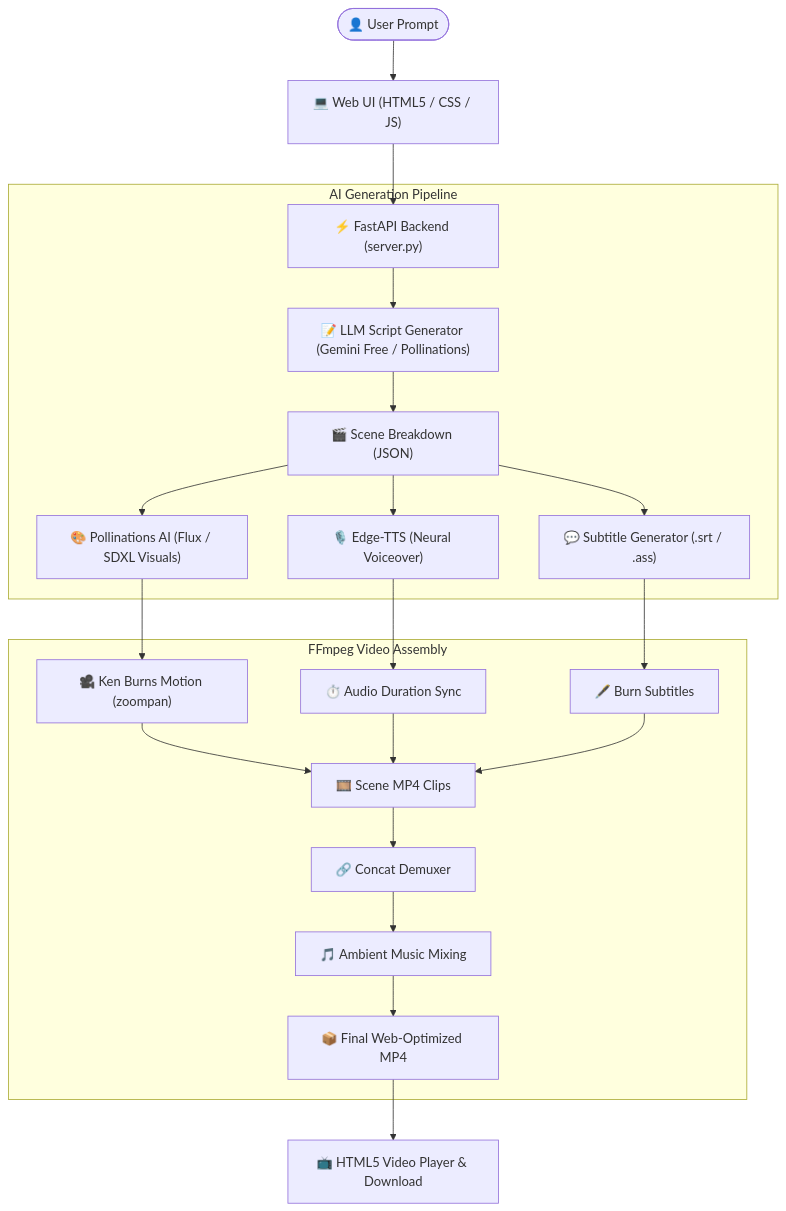
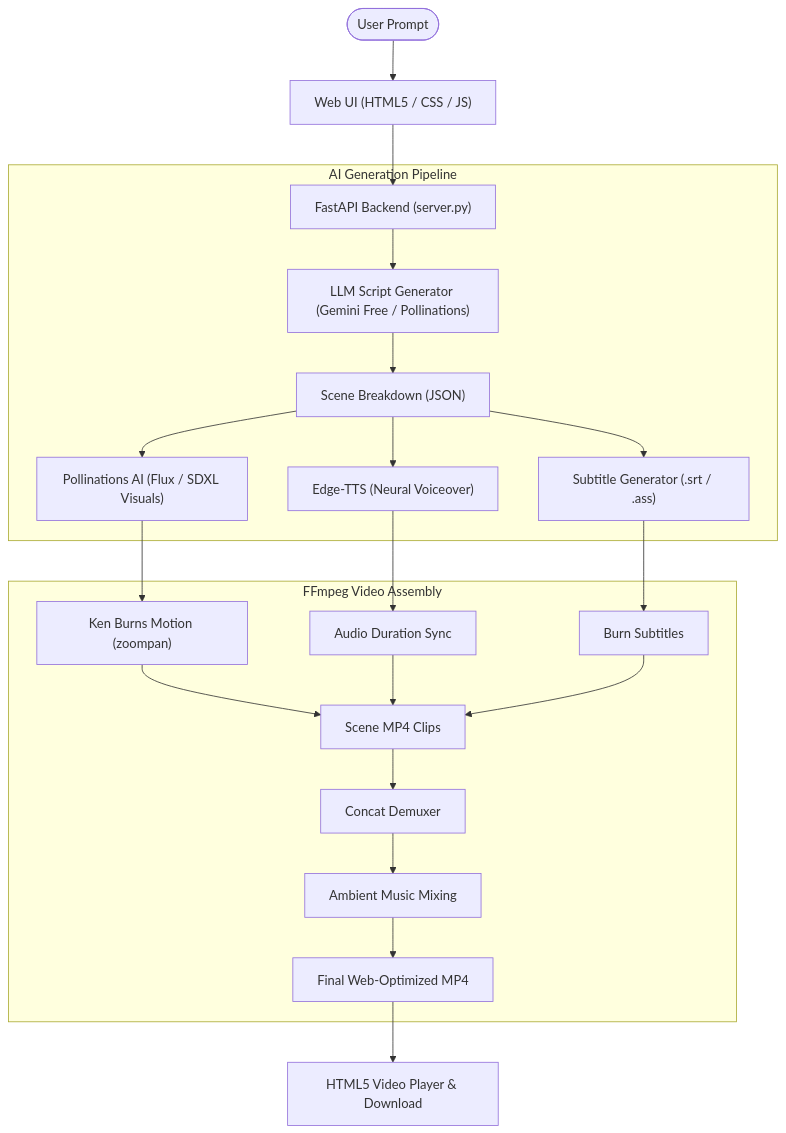
One commit to Ayush-Parikh-3/ReelForge-video_generator changed the diagram in README.md. Above: the diagram before and after it, drawn with Mermaid.

````diff
--- a/README.md
+++ b/README.md
@@ -37,29 +37,29 @@
 ```mermaid
 flowchart TD
-    User(["👤 User Prompt"]) --> Frontend["💻 Web UI (HTML5 / CSS / JS)"]
-    Frontend --> Server["⚡ FastAPI Backend (server.py)"]
+    User([" User Prompt"]) --> Frontend[" Web UI (HTML5 / CSS / JS)"]
+    Frontend --> Server[" FastAPI Backend (server.py)"]
     
     subgraph "AI Generation Pipeline"
-        Server --> LLM["📝 LLM Script Generator (Gemini Free / Pollinations)"]
-        LLM --> Scenes["🎬 Scene Breakdown (JSON)"]
+        Server --> LLM["LLM Script Generator (Gemini Free / Pollinations)"]
+        LLM --> Scenes["Scene Breakdown (JSON)"]
         
-        Scenes --> TTS["🎙️ Edge-TTS (Neural Voiceover)"]
-        Scenes --> ImgGen["🎨 Pollinations AI (Flux / SDXL Visuals)"]
-        Scenes --> Subs["💬 Subtitle Generator (.srt / .ass)"]
+        Scenes --> TTS["Edge-TTS (Neural Voiceover)"]
+        Scenes --> ImgGen["Pollinations AI (Flux / SDXL Visuals)"]
+        Scenes --> Subs["Subtitle Generator (.srt / .ass)"]
     end
     
     subgraph "FFmpeg Video Assembly"
-        TTS --> AudioDur["⏱️ Audio Duration Sync"]
-        ImgGen --> Motion["🎥 Ken Burns Motion (zoompan)"]
-        Subs --> BurnSubs["🖋️ Burn Subtitles"]
-        Motion --> SceneClip["🎞️ Scene MP4 Clips"]
+        TTS --> AudioDur["Audio Duration Sync"]
+        ImgGen --> Motion["Ken Burns Motion (zoompan)"]
+        Subs --> BurnSubs[" Burn Subtitles"]
+        Motion --> SceneClip["Scene MP4 Clips"]
         AudioDur --> SceneClip
         BurnSubs --> SceneClip
         
-        SceneClip --> Concat["🔗 Concat Demuxer"]
-        Concat --> BGM["🎵 Ambient Music Mixing"]
-        BGM --> FinalMP4["📦 Final Web-Optimized MP4"]
+        SceneClip --> Concat["Concat Demuxer"]
+        Concat --> BGM["Ambient Music Mixing"]
+        BGM --> FinalMP4["Final Web-Optimized MP4"]
     end
     
-    FinalMP4 --> Player["📺 HTML5 Video Player & Download"]
+    FinalMP4 --> Player["HTML5 Video Player & Download"]
 ```
````
